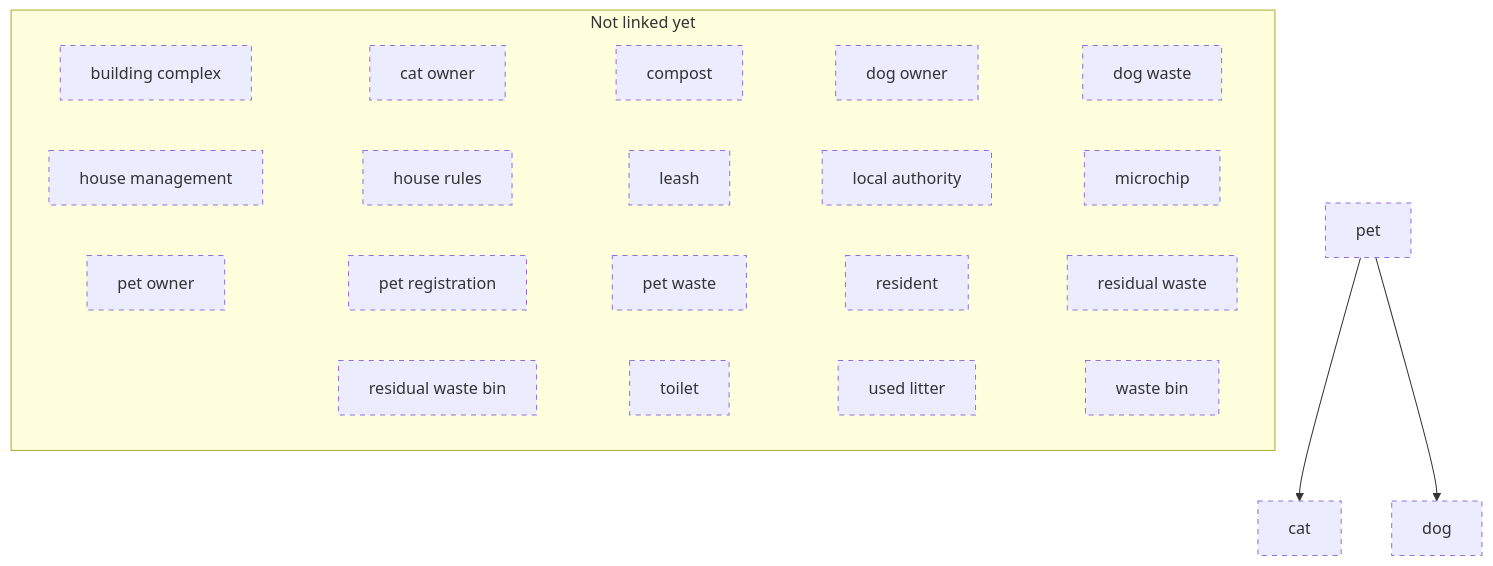
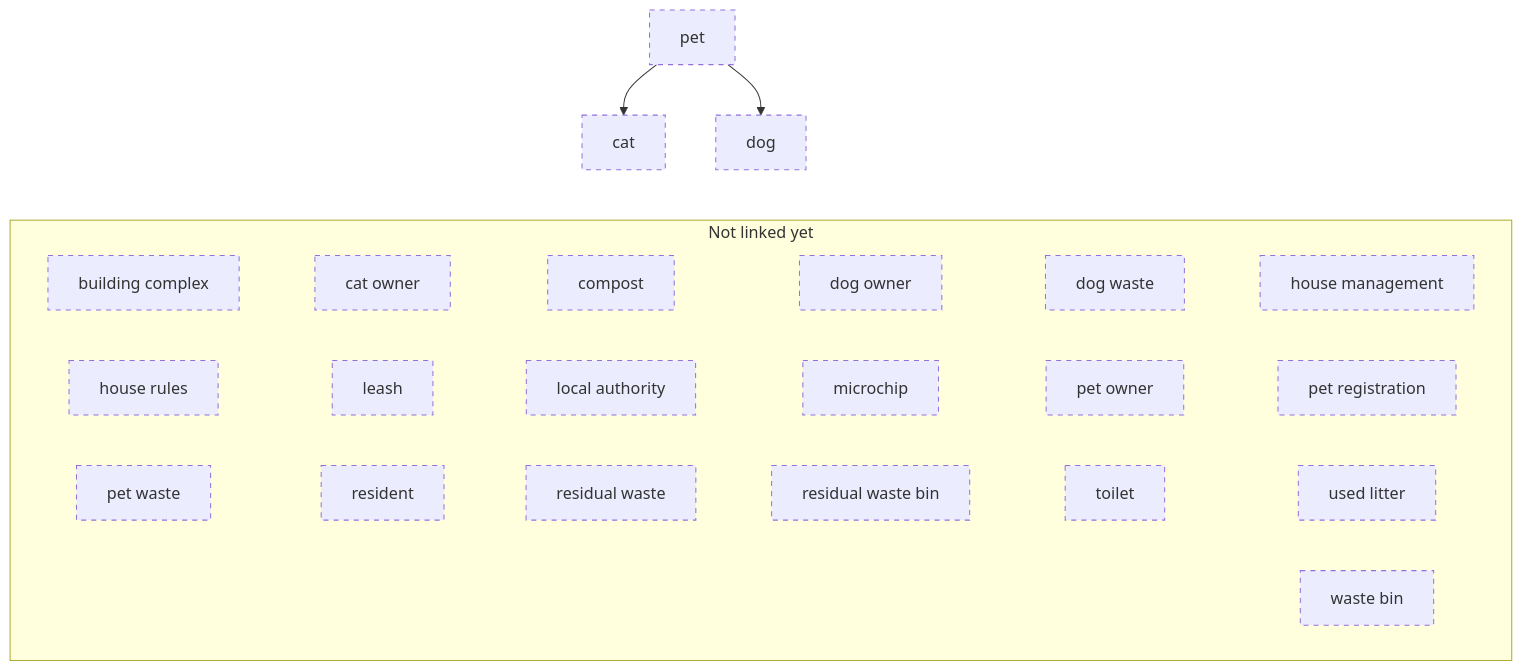
One commit to belaboros/DomainAiAssistant changed the first of 2 diagrams in data/ontology-pets-and-house-rules/03_release/00_raw/level-1.md. Above: the diagram before and after it, drawn with Mermaid. The commit also changed other lines of this file and 16 other files, not shown here.

First line of the commit message:
T39 (spec 0002): level diagrams near 16:9, is-a edges in relation diagrams

````diff
--- a/data/ontology-pets-and-house-rules/03_release/00_raw/level-1.md
+++ b/data/ontology-pets-and-house-rules/03_release/00_raw/level-1.md
@@ -12,36 +12,36 @@
 ```mermaid
 flowchart TB
     classDef draft stroke-dasharray: 5 5
     cn_01M82GY6D4FG58KKX81F7CX0F1["cat"]
     cn_01M82GJP3CRKNX3DNJZDNANDWM["dog"]
     cn_01M82H94Y19DEFXTHPXP970KGB["pet"]
     cn_01M82H94Y19DEFXTHPXP970KGB --> cn_01M82GY6D4FG58KKX81F7CX0F1
     cn_01M82H94Y19DEFXTHPXP970KGB --> cn_01M82GJP3CRKNX3DNJZDNANDWM
     subgraph unlinked["Not linked yet"]
     direction LR
         cn_01M82HA4JVD4MJZ6M8W4CVWNW2["building complex"]
         cn_01M82GY6D4FG58KKX81F7CX0F2["cat owner"]
         cn_01M82H1MQPVEX27Q0YHCNZ9WE5["compost"]
         cn_01M82GR8C6YNAW05QP8GX3MF7P["dog owner"]
         cn_01M82GQHZCWYDZ4FY134N19HRE["dog waste"]
         cn_01M82H7HBZP5REB8E6N9M29JTH["house management"]
         cn_01M82H7HBZP5REB8E6N9M29JTQ["house rules"]
         cn_01M82GPB8ZK0N7S1VR303H5EPB["leash"]
         cn_01M82GJP3CRKNX3DNJZDNANDWN["local authority"]
         cn_01M82GJP3CRKNX3DNJZDNANDWP["microchip"]
         cn_01M82H94Y19DEFXTHPXP970KGF["pet owner"]
         cn_01M82H94Y19DEFXTHPXP970KGH["pet registration"]
         cn_01M82HBAX7NMYFG8GE4P9Y56F6["pet waste"]
         cn_01M82H7HBZP5REB8E6N9M29JTG["resident"]
         cn_01M82H1MQPVEX27Q0YHCNZ9WE3["residual waste"]
         cn_01M82HBAX7NMYFG8GE4P9Y56F8["residual waste bin"]
         cn_01M82H1MQPVEX27Q0YHCNZ9WE4["toilet"]
         cn_01M82H1MQPVEX27Q0YHCNZ9WE1["used litter"]
         cn_01M82GQHZCWYDZ4FY134N19HRF["waste bin"]
-        cn_01M82HA4JVD4MJZ6M8W4CVWNW2 ~~~ cn_01M82GY6D4FG58KKX81F7CX0F2 ~~~ cn_01M82H1MQPVEX27Q0YHCNZ9WE5 ~~~ cn_01M82GR8C6YNAW05QP8GX3MF7P ~~~ cn_01M82GQHZCWYDZ4FY134N19HRE
-        cn_01M82H7HBZP5REB8E6N9M29JTH ~~~ cn_01M82H7HBZP5REB8E6N9M29JTQ ~~~ cn_01M82GPB8ZK0N7S1VR303H5EPB ~~~ cn_01M82GJP3CRKNX3DNJZDNANDWN ~~~ cn_01M82GJP3CRKNX3DNJZDNANDWP
-        cn_01M82H94Y19DEFXTHPXP970KGF ~~~ cn_01M82H94Y19DEFXTHPXP970KGH ~~~ cn_01M82HBAX7NMYFG8GE4P9Y56F6 ~~~ cn_01M82H7HBZP5REB8E6N9M29JTG ~~~ cn_01M82H1MQPVEX27Q0YHCNZ9WE3
-        cn_01M82HBAX7NMYFG8GE4P9Y56F8 ~~~ cn_01M82H1MQPVEX27Q0YHCNZ9WE4 ~~~ cn_01M82H1MQPVEX27Q0YHCNZ9WE1 ~~~ cn_01M82GQHZCWYDZ4FY134N19HRF
+        cn_01M82HA4JVD4MJZ6M8W4CVWNW2 ~~~ cn_01M82GY6D4FG58KKX81F7CX0F2 ~~~ cn_01M82H1MQPVEX27Q0YHCNZ9WE5 ~~~ cn_01M82GR8C6YNAW05QP8GX3MF7P ~~~ cn_01M82GQHZCWYDZ4FY134N19HRE ~~~ cn_01M82H7HBZP5REB8E6N9M29JTH
+        cn_01M82H7HBZP5REB8E6N9M29JTQ ~~~ cn_01M82GPB8ZK0N7S1VR303H5EPB ~~~ cn_01M82GJP3CRKNX3DNJZDNANDWN ~~~ cn_01M82GJP3CRKNX3DNJZDNANDWP ~~~ cn_01M82H94Y19DEFXTHPXP970KGF ~~~ cn_01M82H94Y19DEFXTHPXP970KGH
+        cn_01M82HBAX7NMYFG8GE4P9Y56F6 ~~~ cn_01M82H7HBZP5REB8E6N9M29JTG ~~~ cn_01M82H1MQPVEX27Q0YHCNZ9WE3 ~~~ cn_01M82HBAX7NMYFG8GE4P9Y56F8 ~~~ cn_01M82H1MQPVEX27Q0YHCNZ9WE4 ~~~ cn_01M82H1MQPVEX27Q0YHCNZ9WE1
     end
+    cn_01M82GJP3CRKNX3DNJZDNANDWM ~~~ unlinked
     class cn_01M82HA4JVD4MJZ6M8W4CVWNW2,cn_01M82GY6D4FG58KKX81F7CX0F1,cn_01M82GY6D4FG58KKX81F7CX0F2,cn_01M82H1MQPVEX27Q0YHCNZ9WE5,cn_01M82GJP3CRKNX3DNJZDNANDWM,cn_01M82GR8C6YNAW05QP8GX3MF7P,cn_01M82GQHZCWYDZ4FY134N19HRE,cn_01M82H7HBZP5REB8E6N9M29JTH,cn_01M82H7HBZP5REB8E6N9M29JTQ,cn_01M82GPB8ZK0N7S1VR303H5EPB,cn_01M82GJP3CRKNX3DNJZDNANDWN,cn_01M82GJP3CRKNX3DNJZDNANDWP,cn_01M82H94Y19DEFXTHPXP970KGB,cn_01M82H94Y19DEFXTHPXP970KGF,cn_01M82H94Y19DEFXTHPXP970KGH,cn_01M82HBAX7NMYFG8GE4P9Y56F6,cn_01M82H7HBZP5REB8E6N9M29JTG,cn_01M82H1MQPVEX27Q0YHCNZ9WE3,cn_01M82HBAX7NMYFG8GE4P9Y56F8,cn_01M82H1MQPVEX27Q0YHCNZ9WE4,cn_01M82H1MQPVEX27Q0YHCNZ9WE1,cn_01M82GQHZCWYDZ4FY134N19HRF draft
 ```
````
